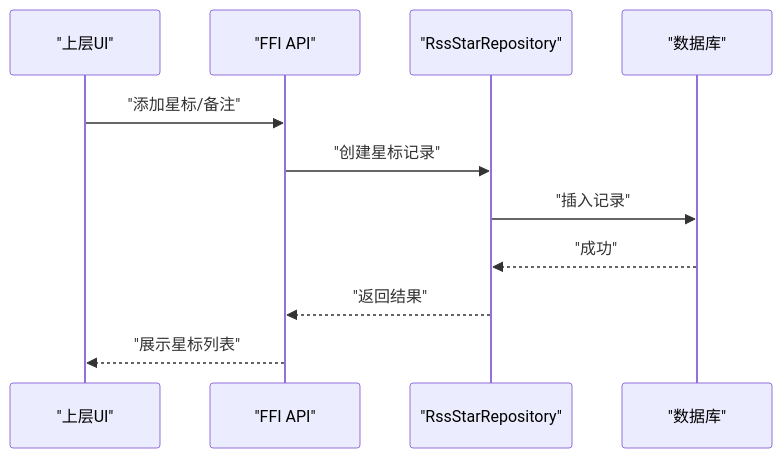
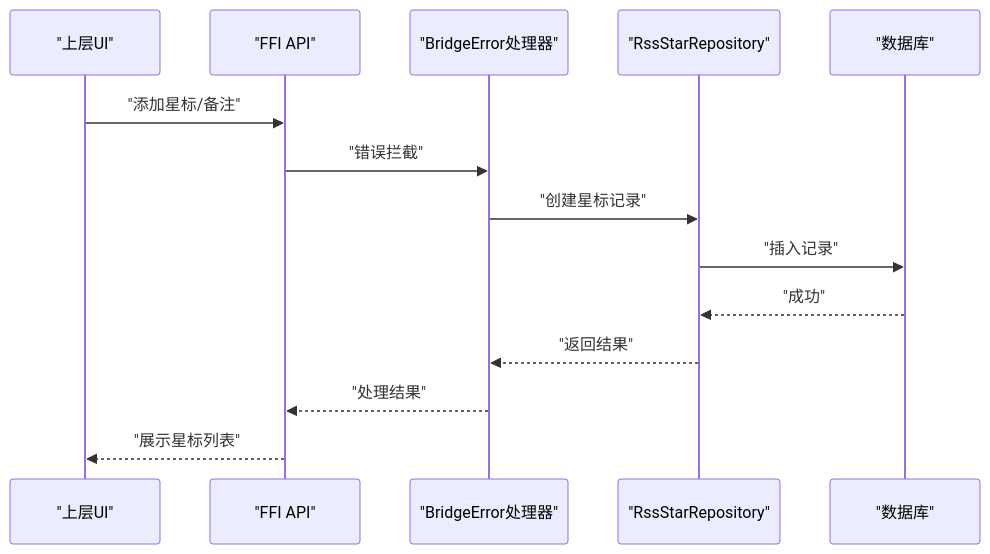
Before and after one commit to ZhangGHGitHub/LegadoTeamFlutter: the fourth of 5 diagrams in .qoder/repowiki/zh/content/RSS订阅系统/RSS订阅系统.md, drawn with Mermaid. The commit also changed other lines of this file and 68 other files, not shown here.

````diff
--- a/.qoder/repowiki/zh/content/RSS订阅系统/RSS订阅系统.md
+++ b/.qoder/repowiki/zh/content/RSS订阅系统/RSS订阅系统.md
@@ -280,13 +299,16 @@
 ```mermaid
 sequenceDiagram
 participant UI as "上层UI"
 participant FFI as "FFI API"
+participant ErrorHandler as "BridgeError处理器"
 participant Repo as "RssStarRepository"
 participant DB as "数据库"
 UI->>FFI : "添加星标/备注"
-FFI->>Repo : "创建星标记录"
+FFI->>ErrorHandler : "错误拦截"
+ErrorHandler->>Repo : "创建星标记录"
 Repo->>DB : "插入记录"
 DB-->>Repo : "成功"
-Repo-->>FFI : "返回结果"
+Repo-->>ErrorHandler : "返回结果"
+ErrorHandler-->>FFI : "处理结果"
 FFI-->>UI : "展示星标列表"
 ```
````
